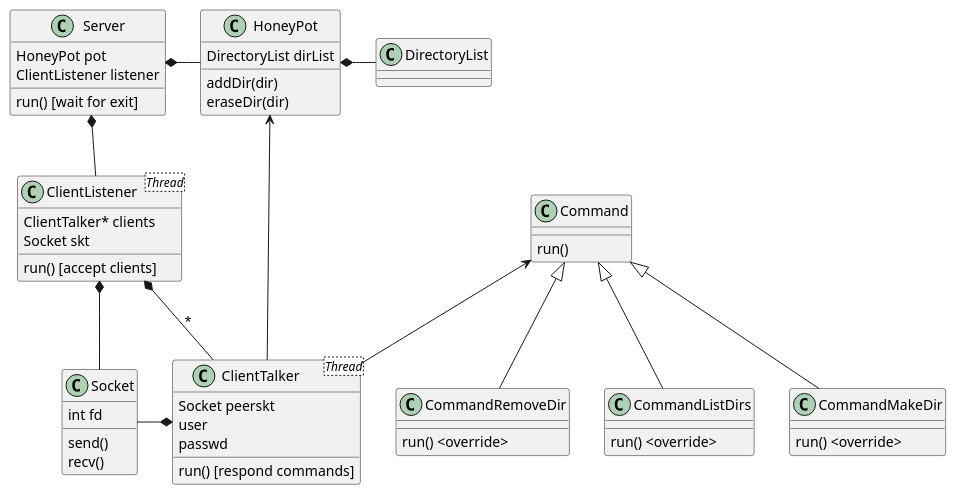
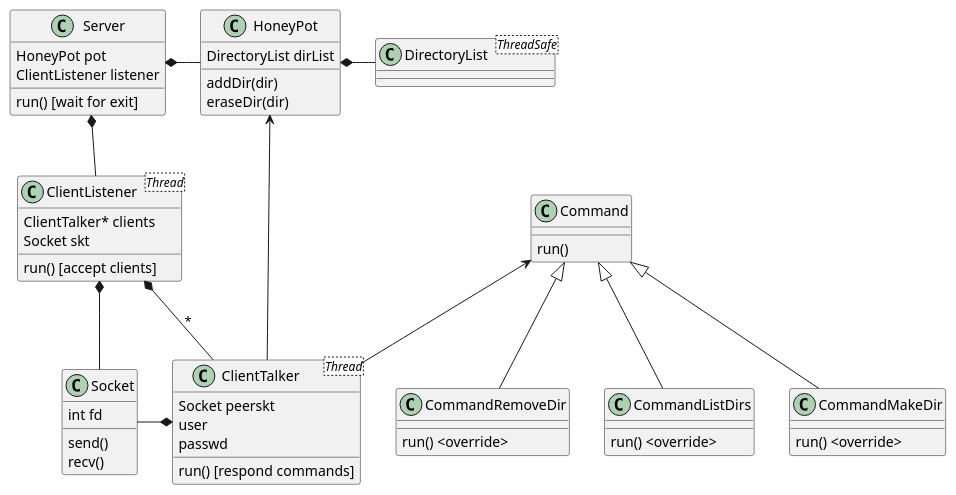
One commit to FdelMazo/7542-Taller1 changed the diagram in TP3/diagrams/server.puml. Above: the diagram before and after it, drawn with PlantUML. The commit also changed 33 other files, not shown here.

```diff
--- a/TP3/diagrams/server.puml
+++ b/TP3/diagrams/server.puml
@@ -1,59 +1,59 @@
 @startuml
 class Server {
     run() [wait for exit]
     HoneyPot pot
     ClientListener listener
 }
 
 class Socket {
     int fd
     send()
     recv()
 }
 
 class ClientListener <Thread> {
     run() [accept clients]
     ClientTalker* clients
     Socket skt
 }
 
 class ClientTalker <Thread> {
     run() [respond commands]
     Socket peerskt
     user
     passwd
 }
 
 class HoneyPot {
     DirectoryList dirList
     addDir(dir)
     eraseDir(dir)
 }
 
-class DirectoryList
+class DirectoryList <ThreadSafe>
 class Command {
     run()
 }
 class CommandListDirs {
     run() <override>
 }
 class CommandMakeDir {
     run() <override>
 }
 class CommandRemoveDir {
     run() <override>
 }
 
 Command <|-- CommandListDirs
 Command <|-- CommandMakeDir
 Command <|-- CommandRemoveDir
 
 Server *-right- HoneyPot
 ClientListener *-- Socket
 ClientTalker *-left- Socket
 HoneyPot <-- ClientTalker
 Command <-- ClientTalker
 Server *-- ClientListener
 ClientListener *-- ClientTalker : *
 HoneyPot *-right- DirectoryList
 @enduml
```
